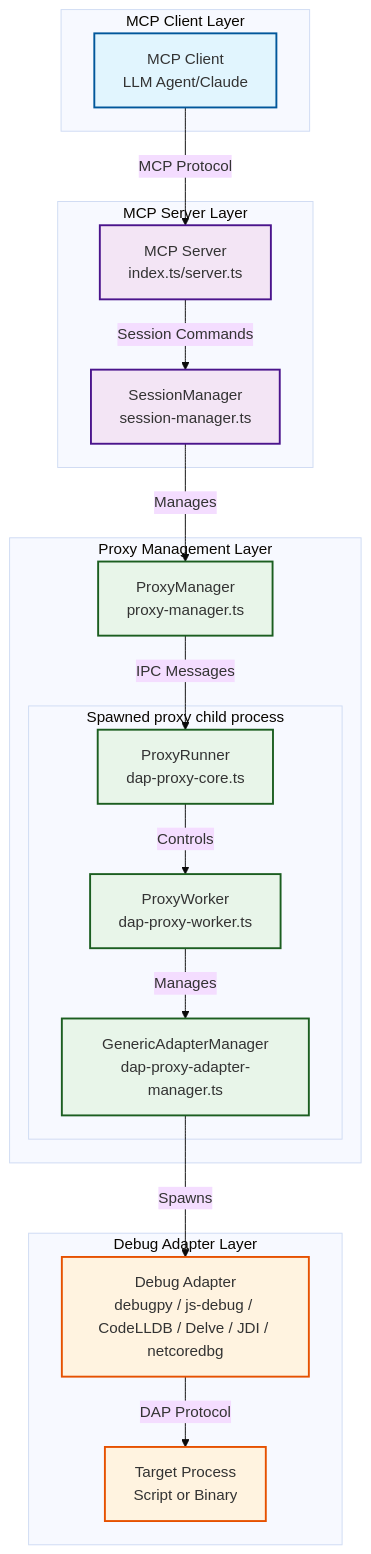
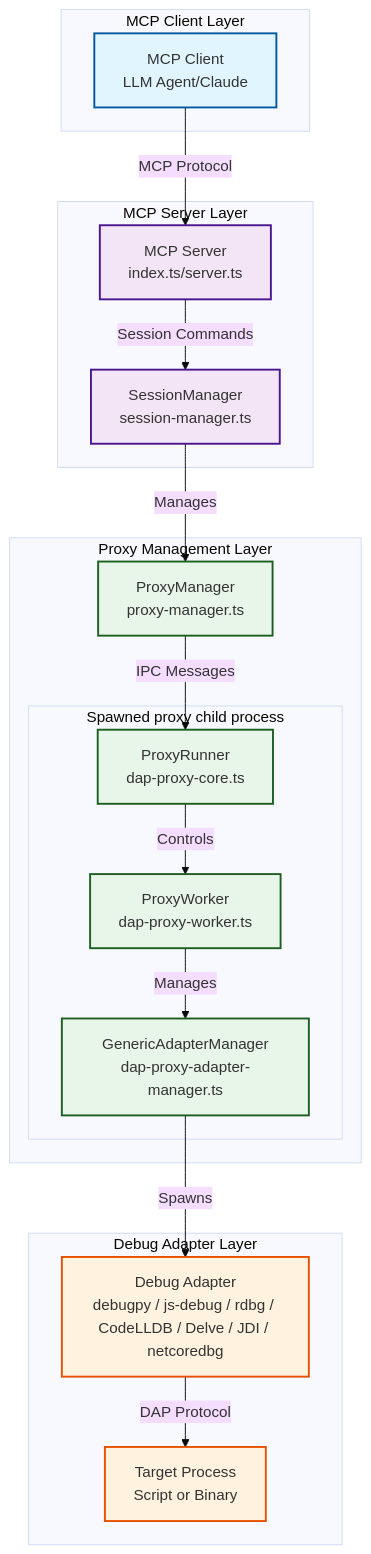
Before and after one commit to debugmcp/mcp-debugger: the first of 2 diagrams in docs/architecture/system-overview.md, drawn with Mermaid (base theme). The commit also changed other lines of this file and 111 other files, not shown here.

````diff
--- a/docs/architecture/system-overview.md
+++ b/docs/architecture/system-overview.md
@@ -7,44 +7,44 @@
 ```mermaid
 graph TB
     subgraph "MCP Client Layer"
         MC[MCP Client<br/>LLM Agent/Claude]
     end
 
     subgraph "MCP Server Layer"
         MS[MCP Server<br/>index.ts/server.ts]
         SM[SessionManager<br/>session-manager.ts]
     end
 
     subgraph "Proxy Management Layer"
         PM[ProxyManager<br/>proxy-manager.ts]
         subgraph "Spawned proxy child process"
             PC[ProxyRunner<br/>dap-proxy-core.ts]
             PW[ProxyWorker<br/>dap-proxy-worker.ts]
             PPM[GenericAdapterManager<br/>dap-proxy-adapter-manager.ts]
         end
     end
 
     subgraph "Debug Adapter Layer"
-        DA[Debug Adapter<br/>debugpy / js-debug / CodeLLDB / Delve / JDI / netcoredbg]
+        DA[Debug Adapter<br/>debugpy / js-debug / rdbg / CodeLLDB / Delve / JDI / netcoredbg]
         TGT[Target Process<br/>Script or Binary]
     end
 
     MC -->|MCP Protocol| MS
     MS -->|Session Commands| SM
     SM -->|Manages| PM
     PM -->|IPC Messages| PC
     PC -->|Controls| PW
     PW -->|Manages| PPM
     PPM -->|Spawns| DA
     DA -->|DAP Protocol| TGT
     
     classDef client fill:#e1f5fe,stroke:#01579b,stroke-width:2px
     classDef server fill:#f3e5f5,stroke:#4a148c,stroke-width:2px
     classDef proxy fill:#e8f5e9,stroke:#1b5e20,stroke-width:2px
     classDef adapter fill:#fff3e0,stroke:#e65100,stroke-width:2px
     
     class MC client
     class MS,SM server
     class PM,PC,PW,PPM proxy
     class DA,TGT adapter
 ```
````
